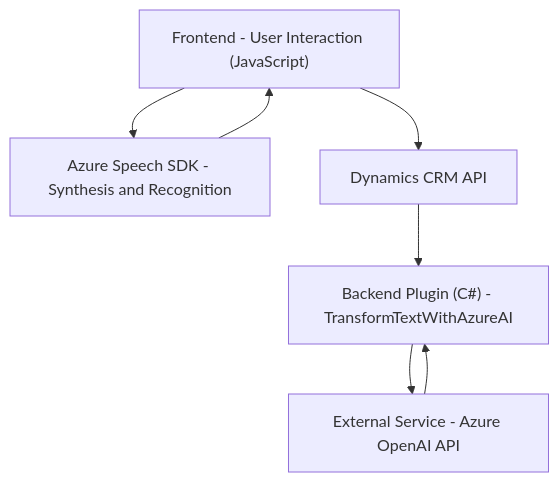
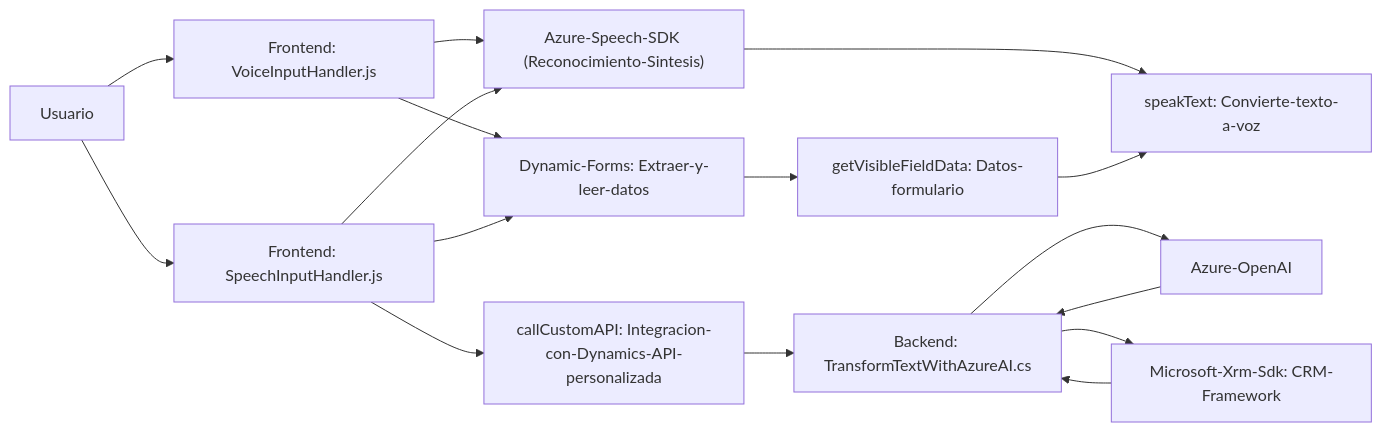
The diagram in README.md (blopezdm/NETCORE_BILBAO2025), drawn with Mermaid before and after one commit. The commit also changed other lines of this file, not shown here.

Commit message:
Actualizar análisis global de la solución con IA

````diff
--- a/README.md
+++ b/README.md
@@ -34,15 +55,21 @@
 ```mermaid
-graph TD
-    A["Frontend - User Interaction (JavaScript)"]
-    B["Azure Speech SDK - Synthesis and Recognition"]
-    C["Dynamics CRM API"]
-    D["Backend Plugin (C#) - TransformTextWithAzureAI"]
-    E["External Service - Azure OpenAI API"]
-    
-    A --> B
-    B --> A
-    A --> C
-    C --> D
-    D --> E
-    E --> D
+graph LR
+    A["Frontend: VoiceInputHandler.js"] --> B["Azure-Speech-SDK (Reconocimiento-Sintesis)"]
+    A --> C["Dynamic-Forms: Extraer-y-leer-datos"]
+    B --> D["speakText: Convierte-texto-a-voz"]
+    C --> E["getVisibleFieldData: Datos-formulario"]
+    E --> D 
+
+    F["Frontend: SpeechInputHandler.js"] --> B 
+    F --> C 
+    F --> G["callCustomAPI: Integracion-con-Dynamics-API-personalizada"]
+    G --> H["Backend: Custom-Logic"]
+
+    H["Backend: TransformTextWithAzureAI.cs"] --> I["Azure-OpenAI"]
+    H --> J["Microsoft-Xrm-Sdk: CRM-Framework"]
+
+    K["Usuario"] --> A
+    K --> F
+    I --> H
+    J --> H
 ```
````
